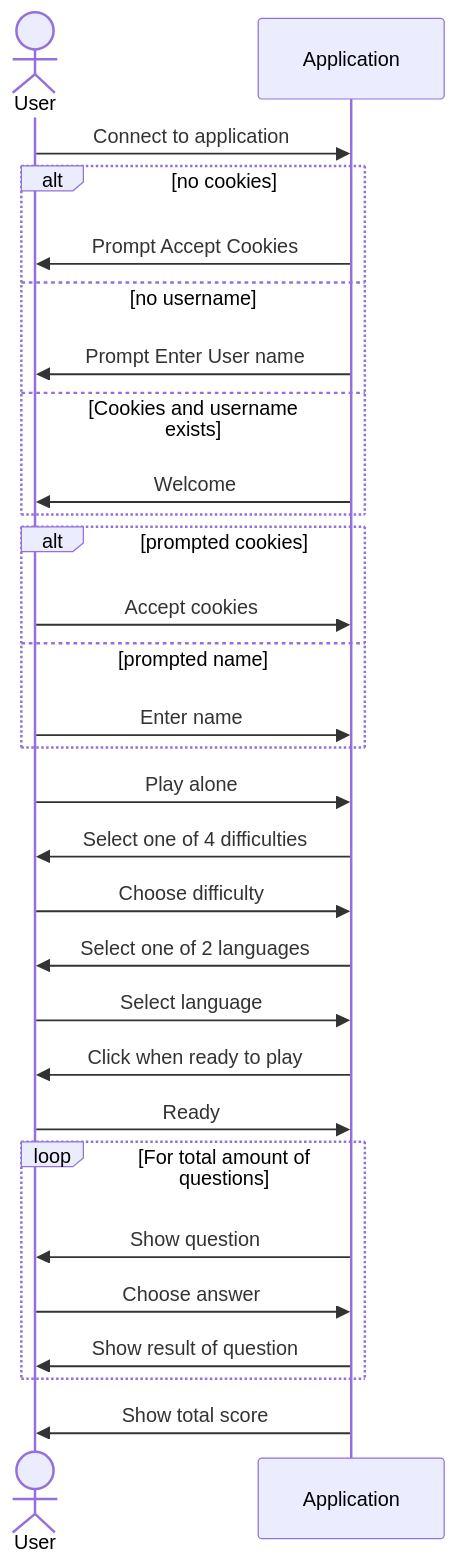
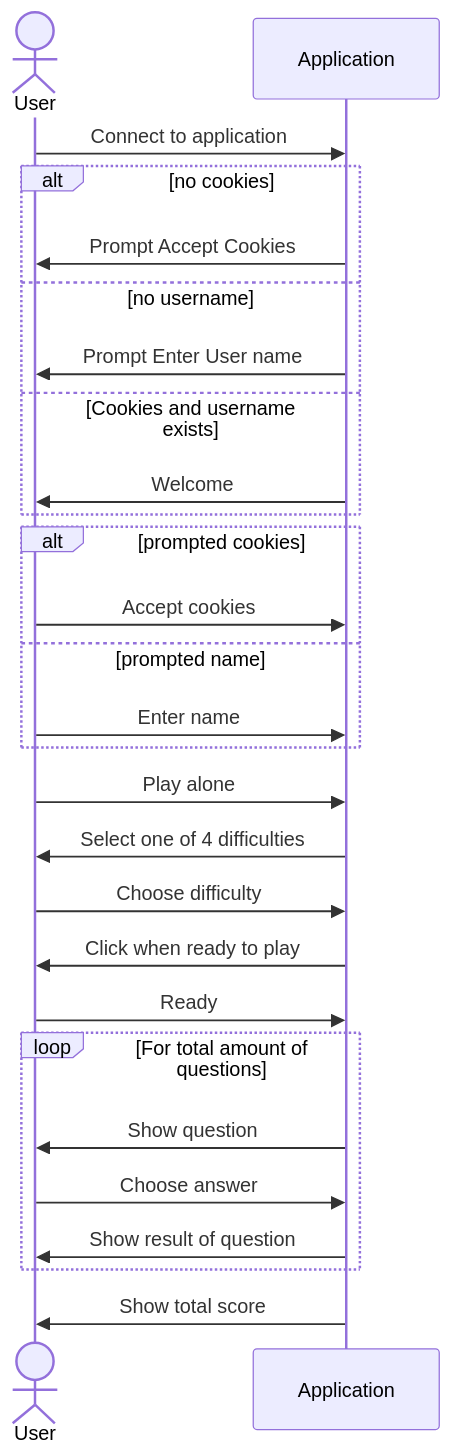
The diagram in docs/sequnceDiagram.md (vikiorf/viktor-johansson-testing_typescript-quiz_app-), drawn with Mermaid before and after one commit. The commit also changed 7 other files, not shown here.

````diff
--- a/docs/sequnceDiagram.md
+++ b/docs/sequnceDiagram.md
@@ -3,33 +3,31 @@
 ```mermaid
 sequenceDiagram
 actor User
 participant Application
 User->>Application: Connect to application
 alt no cookies
 	Application->>User: Prompt Accept Cookies
 else no username
 	Application->>User: Prompt Enter User name
 else Cookies and username exists
 	Application->>User: Welcome
 end
 alt prompted cookies
 	User->>Application: Accept cookies
 else prompted name
 	User->>Application: Enter name
 end
 
 User->>Application: Play alone
 Application->>User: Select one of 4 difficulties
 User->>Application: Choose difficulty
-Application->>User: Select one of 2 languages
-User->>Application: Select language
 Application->>User: Click when ready to play
 User->>Application: Ready
 loop For total amount of questions
 	Application->>User: Show question
 	User->>Application: Choose answer
 	Application->>User: Show result of question
 end
 Application->>User: Show total score
 
 ```
````
